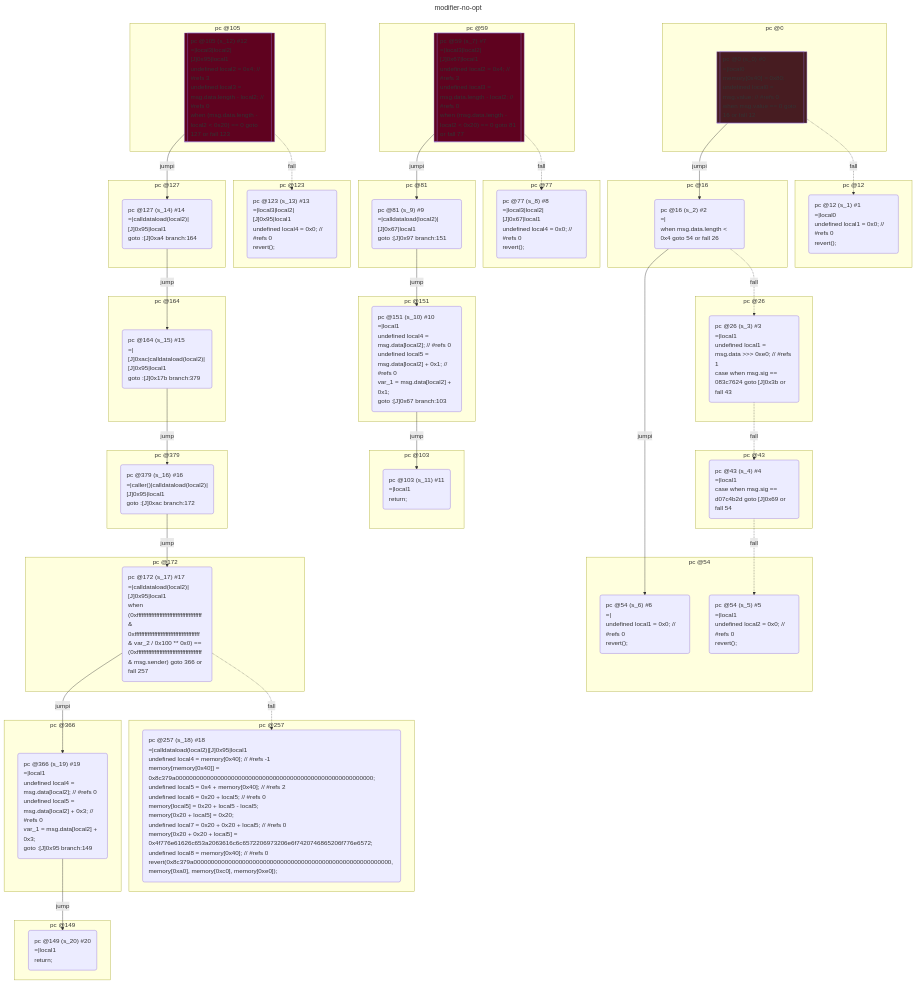
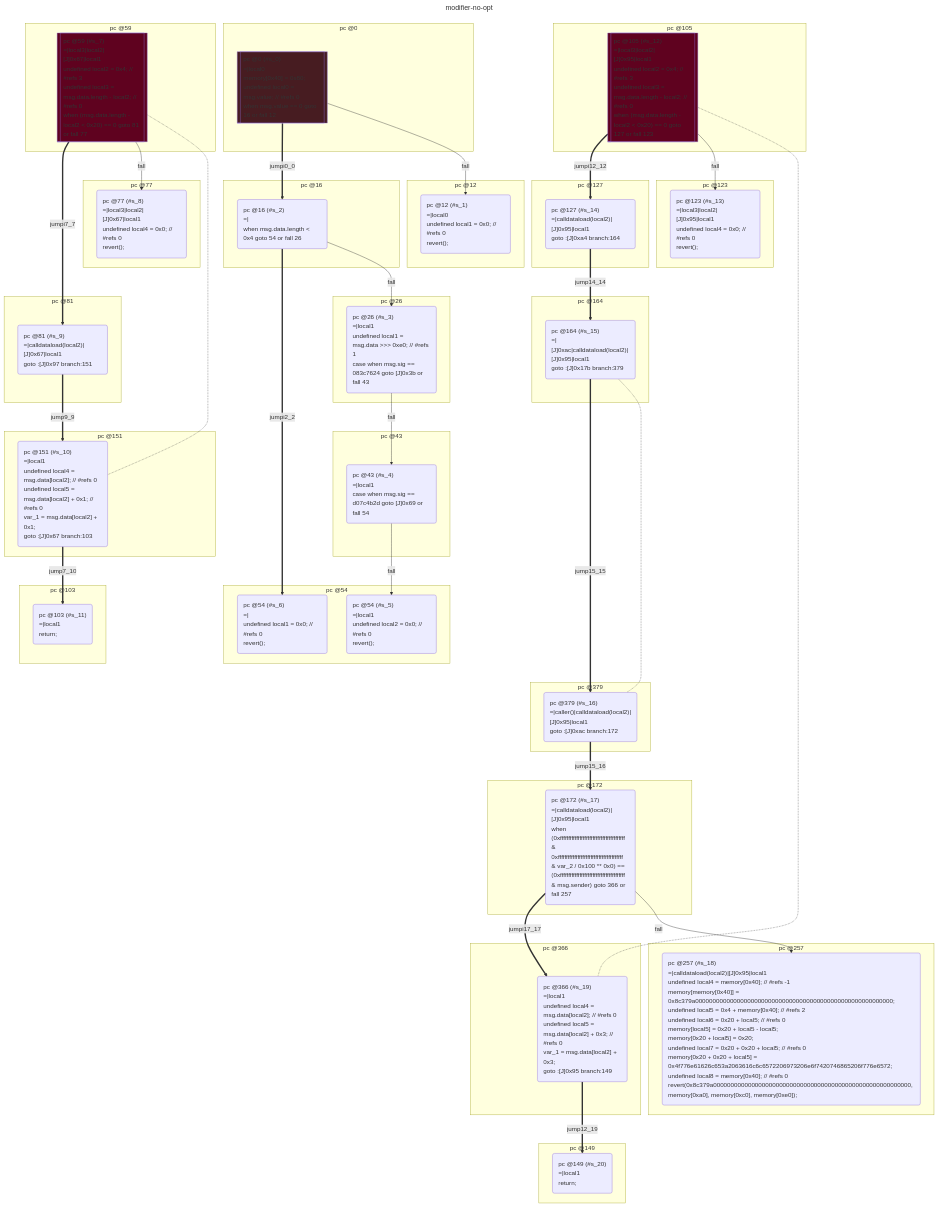
One commit to acuarica/evm changed the first of 2 diagrams in test/__snapshots__/contracts/control/modifier.snap.md. Above: the diagram before and after it, drawn with Mermaid. The commit also changed other lines of this file and 25 other files, not shown here.

````diff
--- a/test/__snapshots__/contracts/control/modifier.snap.md
+++ b/test/__snapshots__/contracts/control/modifier.snap.md
@@ -101,7 +101,7 @@
 flowchart TD
   classDef state text-align:left
   subgraph cluster_0 ["pc @0"]
-    s_0[["pc @0 (s_0) #0
+    s_0[["pc @0 (#s_0)
 =|local0
 memory[0x40] = 0x80;
 undefined local0 = msg.value; // #refs 0
@@ -111,7 +111,7 @@
     style s_0 fill:#471C21
   end
   subgraph cluster_12 ["pc @12"]
-    s_1("pc @12 (s_1) #1
+    s_1("pc @12 (#s_1)
 =|local0
 undefined local1 = 0x0; // #refs 0
 revert();
@@ -119,14 +119,14 @@
     class s_1 state
   end
   subgraph cluster_16 ["pc @16"]
-    s_2("pc @16 (s_2) #2
+    s_2("pc @16 (#s_2)
 =|
 when msg.data.length < 0x4 goto 54 or fall 26
 ")
     class s_2 state
   end
   subgraph cluster_26 ["pc @26"]
-    s_3("pc @26 (s_3) #3
+    s_3("pc @26 (#s_3)
 =|local1
 undefined local1 = msg.data >>> 0xe0; // #refs 1
 case when msg.sig == 083c7624 goto [J]0x3b or fall 43
@@ -134,20 +134,20 @@
     class s_3 state
   end
   subgraph cluster_43 ["pc @43"]
-    s_4("pc @43 (s_4) #4
+    s_4("pc @43 (#s_4)
 =|local1
 case when msg.sig == d07c4b2d goto [J]0x69 or fall 54
 ")
     class s_4 state
   end
   subgraph cluster_54 ["pc @54"]
-    s_5("pc @54 (s_5) #5
+    s_5("pc @54 (#s_5)
 =|local1
 undefined local2 = 0x0; // #refs 0
 revert();
 ")
     class s_5 state
-    s_6("pc @54 (s_6) #6
+    s_6("pc @54 (#s_6)
 =|
 undefined local1 = 0x0; // #refs 0
 revert();
@@ -155,7 +155,7 @@
     class s_6 state
   end
   subgraph cluster_59 ["pc @59"]
-    s_7[["pc @59 (s_7) #7
+    s_7[["pc @59 (#s_7)
 =|local3|local2|[J]0x67|local1
 undefined local2 = 0x4; // #refs 3
 undefined local3 = msg.data.length - local2; // #refs 0
@@ -165,7 +165,7 @@
     style s_7 fill:#5F021F
   end
   subgraph cluster_77 ["pc @77"]
-    s_8("pc @77 (s_8) #8
+    s_8("pc @77 (#s_8)
 =|local3|local2|[J]0x67|local1
 undefined local4 = 0x0; // #refs 0
 revert();
@@ -173,14 +173,14 @@
     class s_8 state
   end
   subgraph cluster_81 ["pc @81"]
-    s_9("pc @81 (s_9) #9
+    s_9("pc @81 (#s_9)
 =|calldataload(local2)|[J]0x67|local1
 goto :[J]0x97 branch:151
 ")
     class s_9 state
   end
   subgraph cluster_151 ["pc @151"]
-    s_10("pc @151 (s_10) #10
+    s_10("pc @151 (#s_10)
 =|local1
 undefined local4 = msg.data[local2]; // #refs 0
 undefined local5 = msg.data[local2] + 0x1; // #refs 0
@@ -190,14 +190,14 @@
     class s_10 state
   end
   subgraph cluster_103 ["pc @103"]
-    s_11("pc @103 (s_11) #11
+    s_11("pc @103 (#s_11)
 =|local1
 return;
 ")
     class s_11 state
   end
   subgraph cluster_105 ["pc @105"]
-    s_12[["pc @105 (s_12) #12
+    s_12[["pc @105 (#s_12)
 =|local3|local2|[J]0x95|local1
 undefined local2 = 0x4; // #refs 3
 undefined local3 = msg.data.length - local2; // #refs 0
@@ -207,7 +207,7 @@
     style s_12 fill:#5F021F
   end
   subgraph cluster_123 ["pc @123"]
-    s_13("pc @123 (s_13) #13
+    s_13("pc @123 (#s_13)
 =|local3|local2|[J]0x95|local1
 undefined local4 = 0x0; // #refs 0
 revert();
@@ -215,35 +215,35 @@
     class s_13 state
   end
   subgraph cluster_127 ["pc @127"]
-    s_14("pc @127 (s_14) #14
+    s_14("pc @127 (#s_14)
 =|calldataload(local2)|[J]0x95|local1
 goto :[J]0xa4 branch:164
 ")
     class s_14 state
   end
   subgraph cluster_164 ["pc @164"]
-    s_15("pc @164 (s_15) #15
+    s_15("pc @164 (#s_15)
 =|[J]0xac|calldataload(local2)|[J]0x95|local1
 goto :[J]0x17b branch:379
 ")
     class s_15 state
   end
   subgraph cluster_379 ["pc @379"]
-    s_16("pc @379 (s_16) #16
+    s_16("pc @379 (#s_16)
 =|caller()|calldataload(local2)|[J]0x95|local1
 goto :[J]0xac branch:172
 ")
     class s_16 state
   end
   subgraph cluster_172 ["pc @172"]
-    s_17("pc @172 (s_17) #17
+    s_17("pc @172 (#s_17)
 =|calldataload(local2)|[J]0x95|local1
 when (0xffffffffffffffffffffffffffffffffffffffff & 0xffffffffffffffffffffffffffffffffffffffff & var_2 / 0x100 ** 0x0) == (0xffffffffffffffffffffffffffffffffffffffff & msg.sender) goto 366 or fall 257
 ")
     class s_17 state
   end
   subgraph cluster_257 ["pc @257"]
-    s_18("pc @257 (s_18) #18
+    s_18("pc @257 (#s_18)
 =|calldataload(local2)|[J]0x95|local1
 undefined local4 = memory[0x40]; // #refs -1
 memory[memory[0x40]] = 0x8c379a000000000000000000000000000000000000000000000000000000000;
@@ -259,7 +259,7 @@
     class s_18 state
   end
   subgraph cluster_366 ["pc @366"]
-    s_19("pc @366 (s_19) #19
+    s_19("pc @366 (#s_19)
 =|local1
 undefined local4 = msg.data[local2]; // #refs 0
 undefined local5 = msg.data[local2] + 0x3; // #refs 0
@@ -269,29 +269,32 @@
     class s_19 state
   end
   subgraph cluster_149 ["pc @149"]
-    s_20("pc @149 (s_20) #20
+    s_20("pc @149 (#s_20)
 =|local1
 return;
 ")
     class s_20 state
   end
-  s_0 -- jumpi --> s_2;
-  s_0 -. fall .-> s_1;
-  s_2 -- jumpi --> s_6;
-  s_2 -. fall .-> s_3;
-  s_3 -. fall .-> s_4;
-  s_4 -. fall .-> s_5;
-  s_7 -- jumpi --> s_9;
-  s_7 -. fall .-> s_8;
-  s_9 -- jump --> s_10;
-  s_10 -- jump --> s_11;
-  s_12 -- jumpi --> s_14;
-  s_12 -. fall .-> s_13;
-  s_14 -- jump --> s_15;
-  s_15 -- jump --> s_16;
-  s_16 -- jump --> s_17;
-  s_17 -- jumpi --> s_19;
-  s_17 -. fall .-> s_18;
-  s_19 -- jump --> s_20;
+  s_0 == jumpi0_0 ==> s_2;
+  s_0 -- fall --> s_1;
+  s_2 == jumpi2_2 ==> s_6;
+  s_2 -- fall --> s_3;
+  s_3 -- fall --> s_4;
+  s_4 -- fall --> s_5;
+  s_7 == jumpi7_7 ==> s_9;
+  s_7 -- fall --> s_8;
+  s_9 == jump9_9 ==> s_10;
+  s_10 == jump7_10 ==> s_11;
+  s_7 -...- s_10;
+  s_12 == jumpi12_12 ==> s_14;
+  s_12 -- fall --> s_13;
+  s_14 == jump14_14 ==> s_15;
+  s_15 == jump15_15 ==> s_16;
+  s_16 == jump15_16 ==> s_17;
+  s_15 -...- s_16;
+  s_17 == jumpi17_17 ==> s_19;
+  s_17 -- fall --> s_18;
+  s_19 == jump12_19 ==> s_20;
+  s_12 -...- s_19;
 
 ```
````
